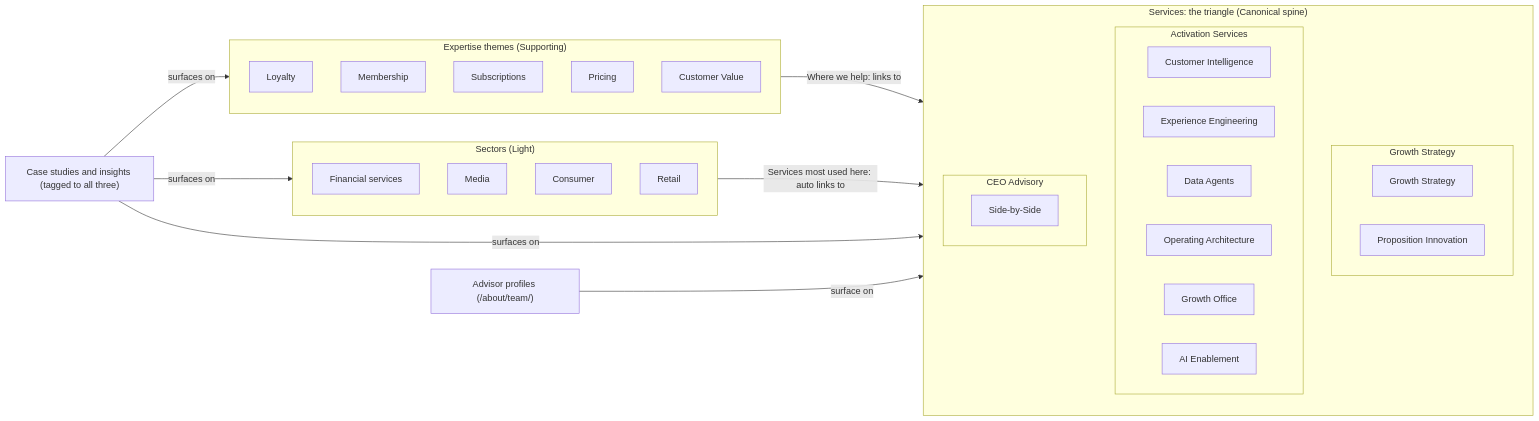
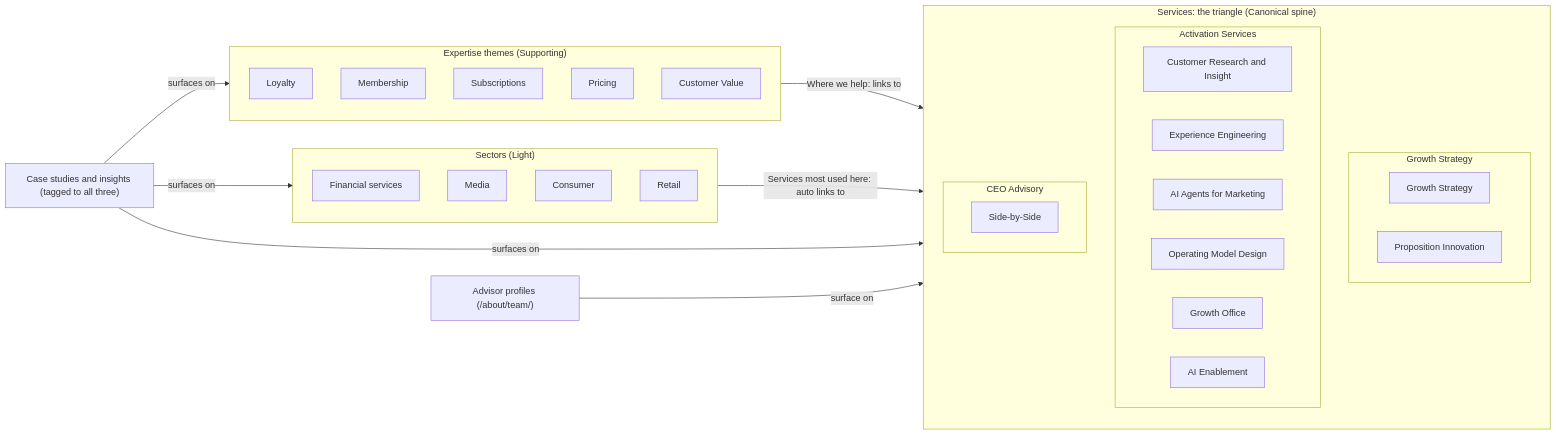
Before and after one commit to gsdd/temp-manifesto-ia: the second of 3 diagrams in docs/diagrams/sitemap.md, drawn with Mermaid. The commit also changed other lines of this file and 2 other files, not shown here.

````diff
--- a/docs/diagrams/sitemap.md
+++ b/docs/diagrams/sitemap.md
@@ -83,46 +84,46 @@
 ```mermaid
 flowchart LR
     subgraph Services["Services: the triangle (Canonical spine)"]
         direction TB
         subgraph P1["Growth Strategy"]
             GS["Growth Strategy"]
             PI["Proposition Innovation"]
         end
         subgraph P2["Activation Services"]
-            CI["Customer Intelligence"]
+            CI["Customer Research and Insight"]
             EE["Experience Engineering"]
-            DA["Data Agents"]
-            OA["Operating Architecture"]
+            DA["AI Agents for Marketing"]
+            OA["Operating Model Design"]
             GO["Growth Office"]
             AI["AI Enablement"]
         end
         subgraph P3["CEO Advisory"]
             SxS["Side-by-Side"]
         end
     end
 
     subgraph Themes["Expertise themes (Supporting)"]
         L["Loyalty"]
         M["Membership"]
         Sub["Subscriptions"]
         P["Pricing"]
         CV["Customer Value"]
     end
 
     subgraph Sectors["Sectors (Light)"]
         FS["Financial services"]
         Med["Media"]
         Con["Consumer"]
         Ret["Retail"]
     end
 
     Proof["Case studies and insights (tagged to all three)"]
     Advisors["Advisor profiles (/about/team/)"]
 
     Themes -- "Where we help: links to" --> Services
     Sectors -- "Services most used here: auto links to" --> Services
     Proof -- "surfaces on" --> Services
     Proof -- "surfaces on" --> Themes
     Proof -- "surfaces on" --> Sectors
     Advisors -- "surface on" --> P3
 ```
````
